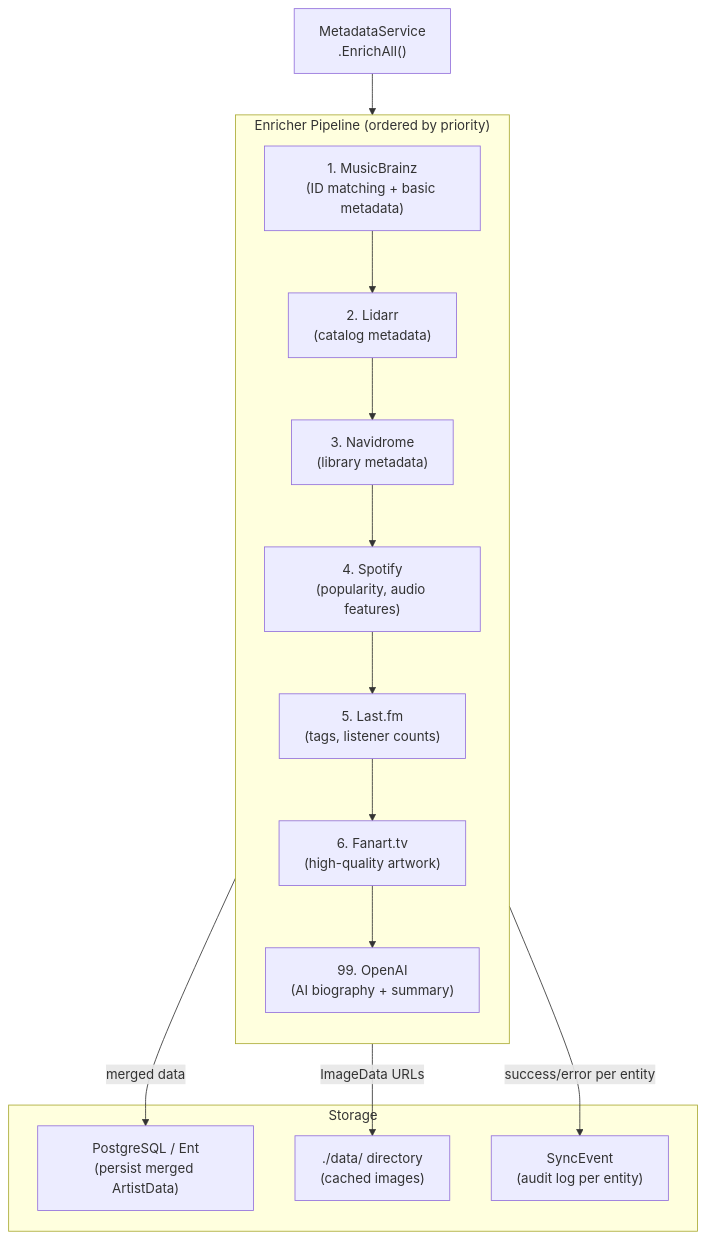
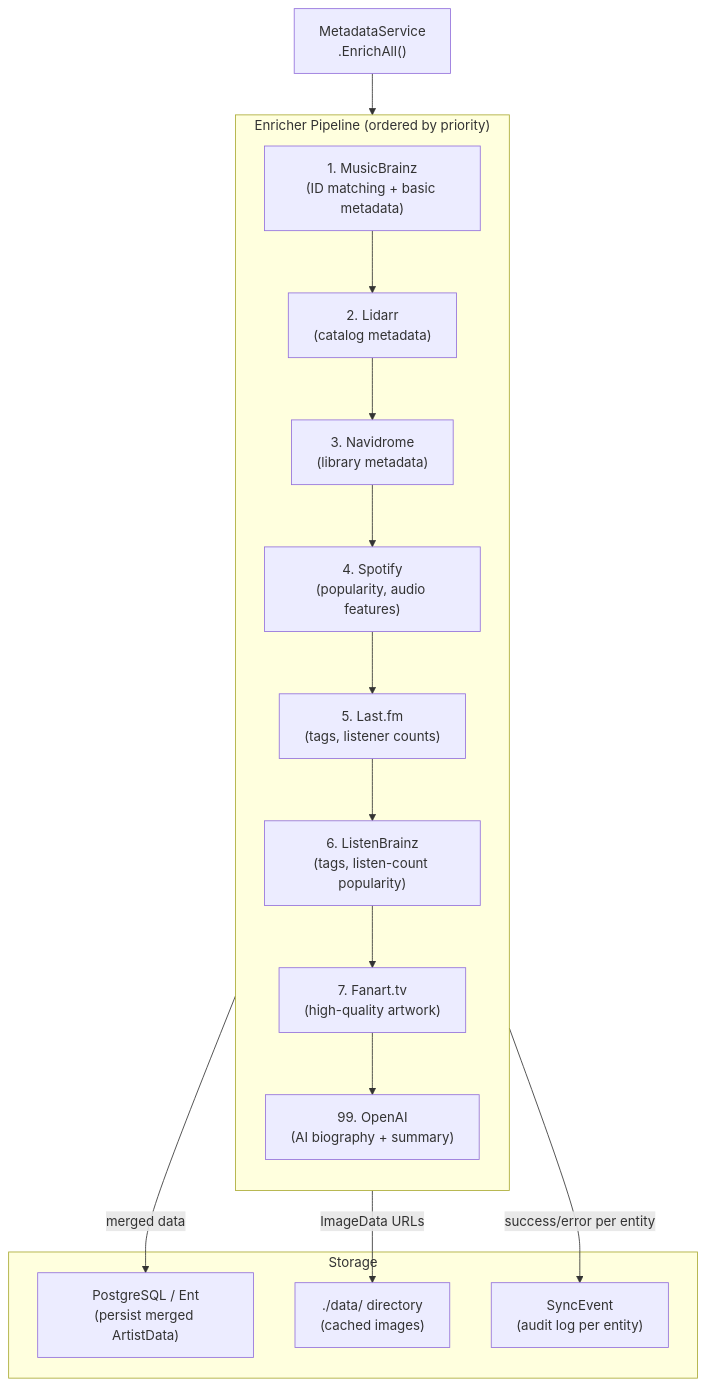
The diagram in docs/openspec/specs/metadata-enrichment-pipeline/spec.md (joestump-agent/spotter), drawn with Mermaid before and after one commit. The commit also changed other lines of this file and 6 other files, not shown here.

First line of the commit message:
ListenBrainz: metadata enricher (tags, MBID matching, popularity) (#51)

````diff
--- a/docs/openspec/specs/metadata-enrichment-pipeline/spec.md
+++ b/docs/openspec/specs/metadata-enrichment-pipeline/spec.md
@@ -149,27 +162,28 @@
 ```mermaid
 flowchart TD
     MS["MetadataService\n.EnrichAll()"]
 
     subgraph Pipeline["Enricher Pipeline (ordered by priority)"]
         direction TB
         MB["1. MusicBrainz\n(ID matching + basic metadata)"]
         LI["2. Lidarr\n(catalog metadata)"]
         NV["3. Navidrome\n(library metadata)"]
         SP["4. Spotify\n(popularity, audio features)"]
         LF["5. Last.fm\n(tags, listener counts)"]
-        FA["6. Fanart.tv\n(high-quality artwork)"]
+        LB["6. ListenBrainz\n(tags, listen-count popularity)"]
+        FA["7. Fanart.tv\n(high-quality artwork)"]
         OA["99. OpenAI\n(AI biography + summary)"]
-        MB --> LI --> NV --> SP --> LF --> FA --> OA
+        MB --> LI --> NV --> SP --> LF --> LB --> FA --> OA
     end
 
     subgraph Storage
         DB["PostgreSQL / Ent\n(persist merged ArtistData)"]
         IMG["./data/ directory\n(cached images)"]
         SE["SyncEvent\n(audit log per entity)"]
     end
 
     MS --> Pipeline
     Pipeline -->|"merged data"| DB
     Pipeline -->|"ImageData URLs"| IMG
     Pipeline -->|"success/error per entity"| SE
 ```
````
